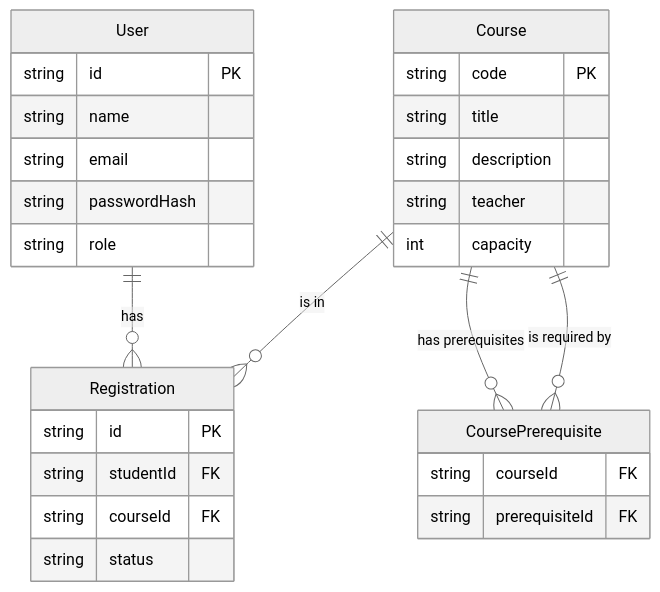
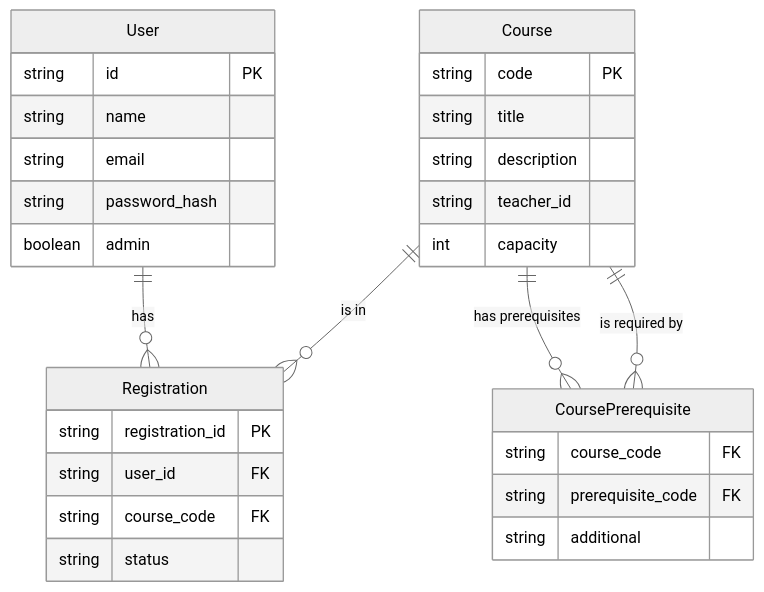
One commit to MustafaQassmieh01/FullStackProject changed the diagram in databaseDiagram.md. Above: the diagram before and after it, drawn with Mermaid (neutral theme). The commit also changed 12 other files, not shown here.

````diff
--- a/databaseDiagram.md
+++ b/databaseDiagram.md
@@ -3,35 +3,36 @@
 ```mermaid
 erDiagram
   User {
     string id PK
     string name
     string email
-    string passwordHash
-    string role
+    string password_hash
+    boolean admin
   }
 
   Course {
     string code PK
     string title
     string description
-    string teacher
+    string teacher_id
     int capacity
   }
 
   Registration {
-    string id PK
-    string studentId FK
-    string courseId FK
+    string registration_id PK
+    string user_id FK
+    string course_code FK
     string status
   }
 
   CoursePrerequisite {
-    string courseId FK
-    string prerequisiteId FK
+    string course_code FK
+    string prerequisite_code FK
+    string additional
   }
 
   User ||--o{ Registration : "has"
   Course ||--o{ Registration : "is in"
   Course ||--o{ CoursePrerequisite : "has prerequisites"
   CoursePrerequisite }o--|| Course : "is required by"
 ```
````
